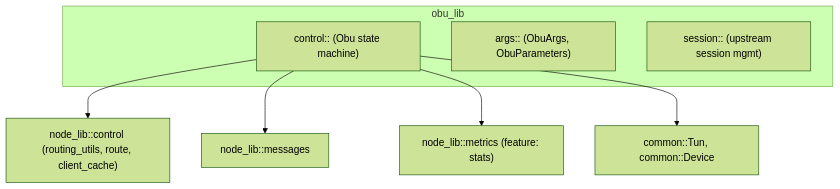
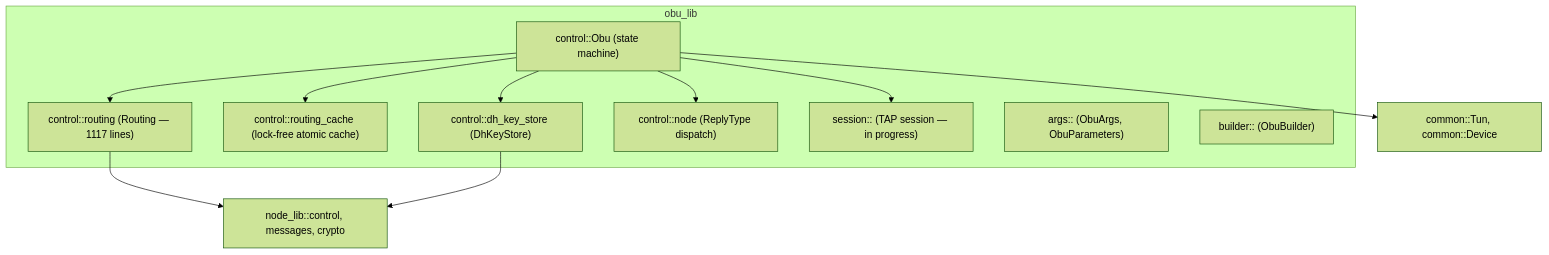
Before and after one commit to GomesGoncalo/vigilant-parakeet: the diagram in obu_lib/ARCHITECTURE.md, drawn with Mermaid (forest theme). The commit also changed other lines of this file and 6 other files, not shown here.

````diff
--- a/obu_lib/ARCHITECTURE.md
+++ b/obu_lib/ARCHITECTURE.md
@@ -5,13 +5,22 @@
 ```mermaid
 flowchart TB
   subgraph obu_lib
-    OB["control:: (Obu state machine)"]
+    OB["control::Obu (state machine)"]
+    RO["control::routing (Routing — 1117 lines)"]
+    RC["control::routing_cache (lock-free atomic cache)"]
+    DH["control::dh_key_store (DhKeyStore)"]
+    NO["control::node (ReplyType dispatch)"]
+    SE["session:: (TAP session — in progress)"]
     AR["args:: (ObuArgs, ObuParameters)"]
-    SE["session:: (upstream session mgmt)"]
+    BU["builder:: (ObuBuilder)"]
   end
 
-  OB --> NL["node_lib::control (routing_utils, route, client_cache)"]
-  OB --> MS["node_lib::messages"]
-  OB --> MET["node_lib::metrics (feature: stats)"]
+  OB --> RO
+  OB --> RC
+  OB --> DH
+  OB --> NO
+  OB --> SE
+  RO --> NL["node_lib::control, messages, crypto"]
+  DH --> NL
   OB --> CMN["common::Tun, common::Device"]
 ```
````
